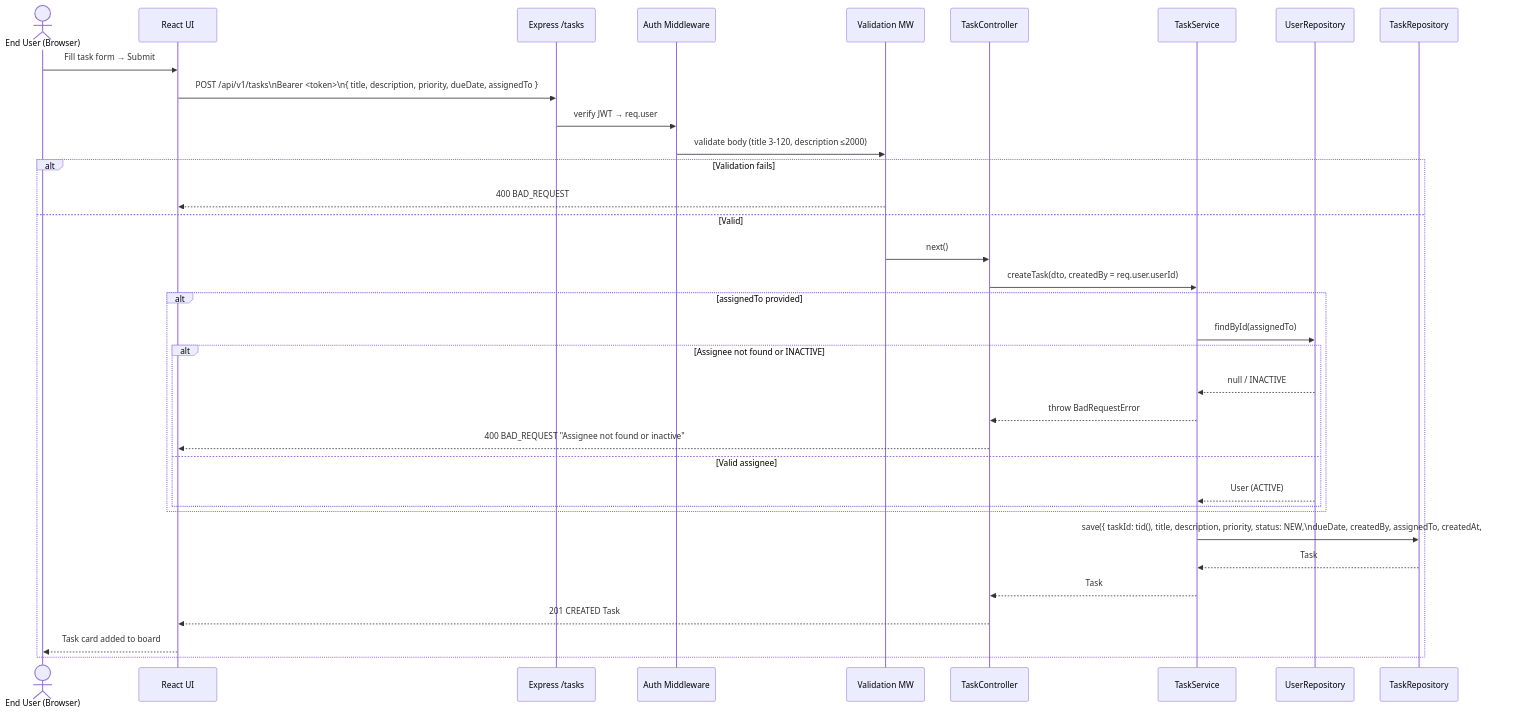
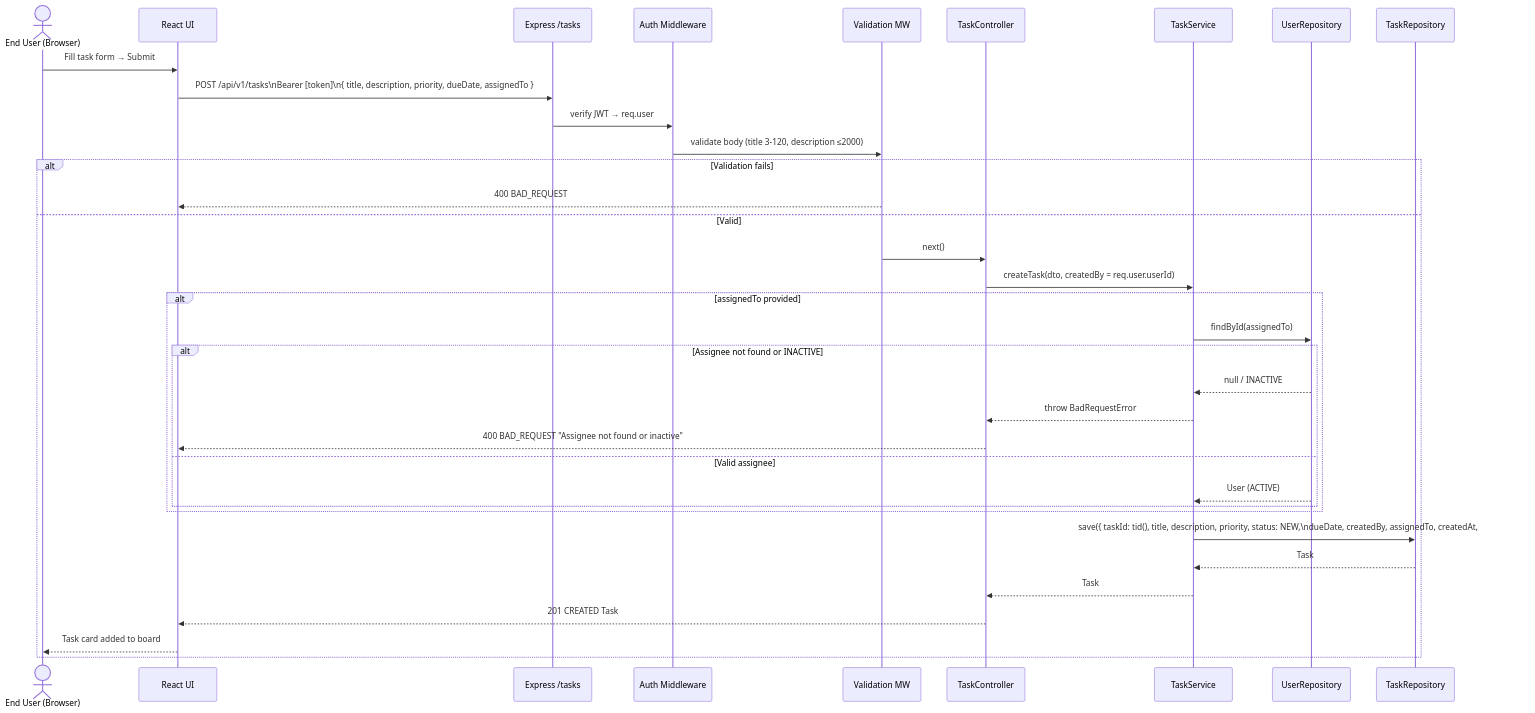
The ninth of 17 diagrams in software-architecture.md (vijaynvb/ellucian_ghc3), drawn with Mermaid before and after one commit. The commit also changed other lines of this file and 14285 other files, not shown here.

````diff
--- a/software-architecture.md
+++ b/software-architecture.md
@@ -607,38 +615,38 @@
 ```mermaid
 sequenceDiagram
     actor EndUser as End User (Browser)
     participant UI as React UI
     participant API as Express /tasks
     participant AuthMW as Auth Middleware
     participant ValMW as Validation MW
     participant TC as TaskController
     participant TS as TaskService
     participant UR as UserRepository
     participant TR as TaskRepository
 
     EndUser->>UI: Fill task form → Submit
-    UI->>API: POST /api/v1/tasks\nBearer <token>\n{ title, description, priority, dueDate, assignedTo }
+    UI->>API: POST /api/v1/tasks\nBearer [token]\n{ title, description, priority, dueDate, assignedTo }
     API->>AuthMW: verify JWT → req.user
     AuthMW->>ValMW: validate body (title 3-120, description ≤2000)
     alt Validation fails
         ValMW-->>UI: 400 BAD_REQUEST
     else Valid
         ValMW->>TC: next()
         TC->>TS: createTask(dto, createdBy = req.user.userId)
         alt assignedTo provided
             TS->>UR: findById(assignedTo)
             alt Assignee not found or INACTIVE
                 UR-->>TS: null / INACTIVE
                 TS-->>TC: throw BadRequestError
                 TC-->>UI: 400 BAD_REQUEST "Assignee not found or inactive"
             else Valid assignee
                 UR-->>TS: User (ACTIVE)
             end
         end
         TS->>TR: save({ taskId: tid(), title, description, priority, status: NEW,\ndueDate, createdBy, assignedTo, createdAt, updatedAt })
         TR-->>TS: Task
         TS-->>TC: Task
         TC-->>UI: 201 CREATED Task
         UI-->>EndUser: Task card added to board
     end
 ```
````
